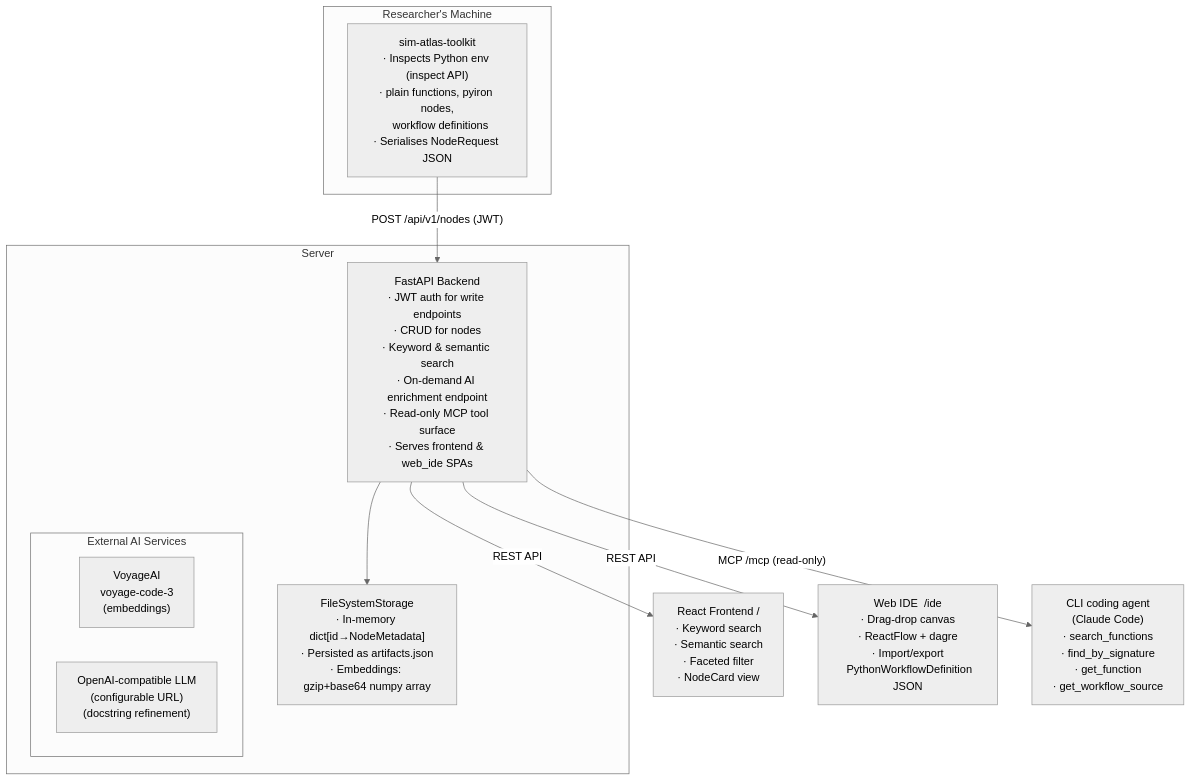
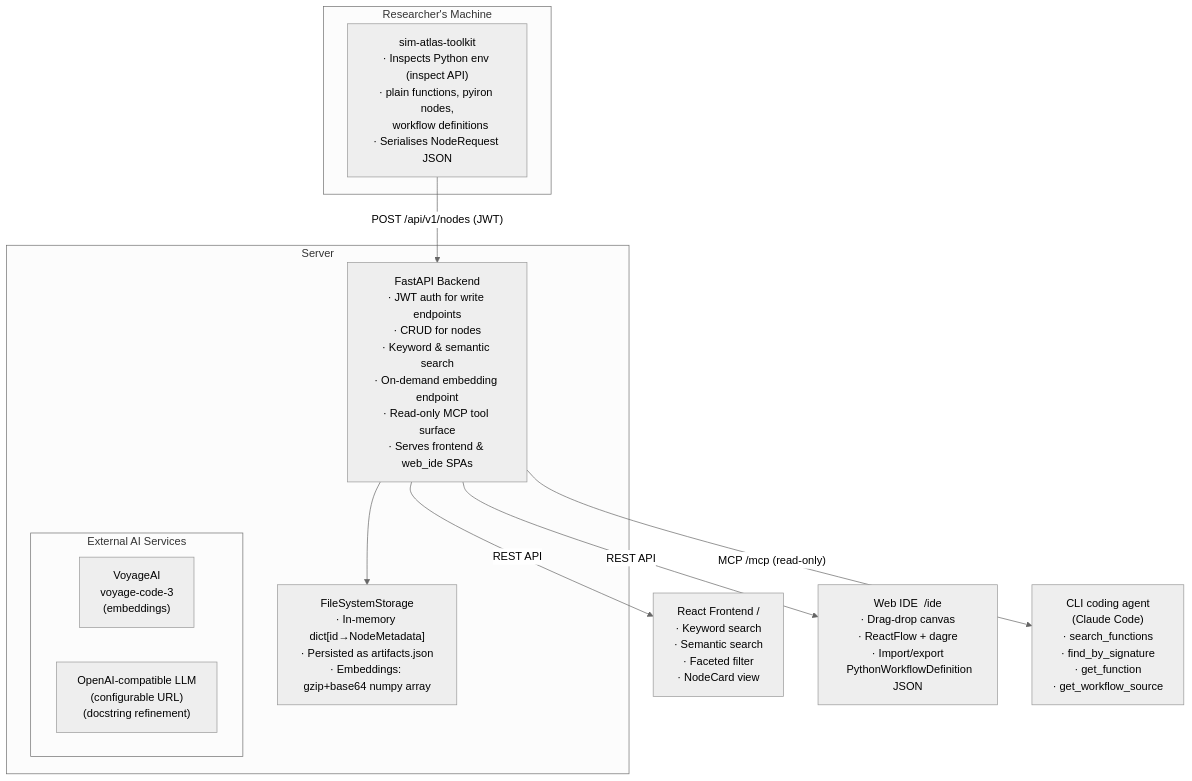
The first of 3 diagrams in docs/architecture.md (XzzX/sim_atlas), drawn with Mermaid (neutral theme) before and after one commit. The commit also changed 6 other files, not shown here.

````diff
--- a/docs/architecture.md
+++ b/docs/architecture.md
@@ -53,25 +53,25 @@
 ```mermaid
 flowchart TD
     subgraph RM["Researcher's Machine"]
         T["sim-atlas-toolkit<br/>· Inspects Python env (inspect API)<br/>· plain functions, pyiron nodes,<br/>  workflow definitions<br/>· Serialises NodeRequest JSON"]
     end
 
     subgraph SRV["Server"]
-        B["FastAPI Backend<br/>· JWT auth for write endpoints<br/>· CRUD for nodes<br/>· Keyword & semantic search<br/>· On-demand AI enrichment endpoint<br/>· Read-only MCP tool surface<br/>· Serves frontend & web_ide SPAs"]
+        B["FastAPI Backend<br/>· JWT auth for write endpoints<br/>· CRUD for nodes<br/>· Keyword & semantic search<br/>· On-demand embedding endpoint<br/>· Read-only MCP tool surface<br/>· Serves frontend & web_ide SPAs"]
         FS["FileSystemStorage<br/>· In-memory dict[id→NodeMetadata]<br/>· Persisted as artifacts.json<br/>· Embeddings: gzip+base64 numpy array"]
         subgraph AI["External AI Services"]
             V["VoyageAI<br/>voyage-code-3<br/>(embeddings)"]
             L["OpenAI-compatible LLM<br/>(configurable URL)<br/>(docstring refinement)"]
         end
     end
 
     F["React Frontend  /<br/>· Keyword search<br/>· Semantic search<br/>· Faceted filter<br/>· NodeCard view"]
     W["Web IDE  /ide<br/>· Drag-drop canvas<br/>· ReactFlow + dagre<br/>· Import/export<br/>  PythonWorkflowDefinition JSON"]
     C["CLI coding agent<br/>(Claude Code)<br/>· search_functions<br/>· find_by_signature<br/>· get_function<br/>· get_workflow_source"]
 
     T -->|"POST /api/v1/nodes  (JWT)"| B
     B --> FS
     B -->|"REST API"| F
     B -->|"REST API"| W
     B -->|"MCP  /mcp  (read-only)"| C
 ```
````
